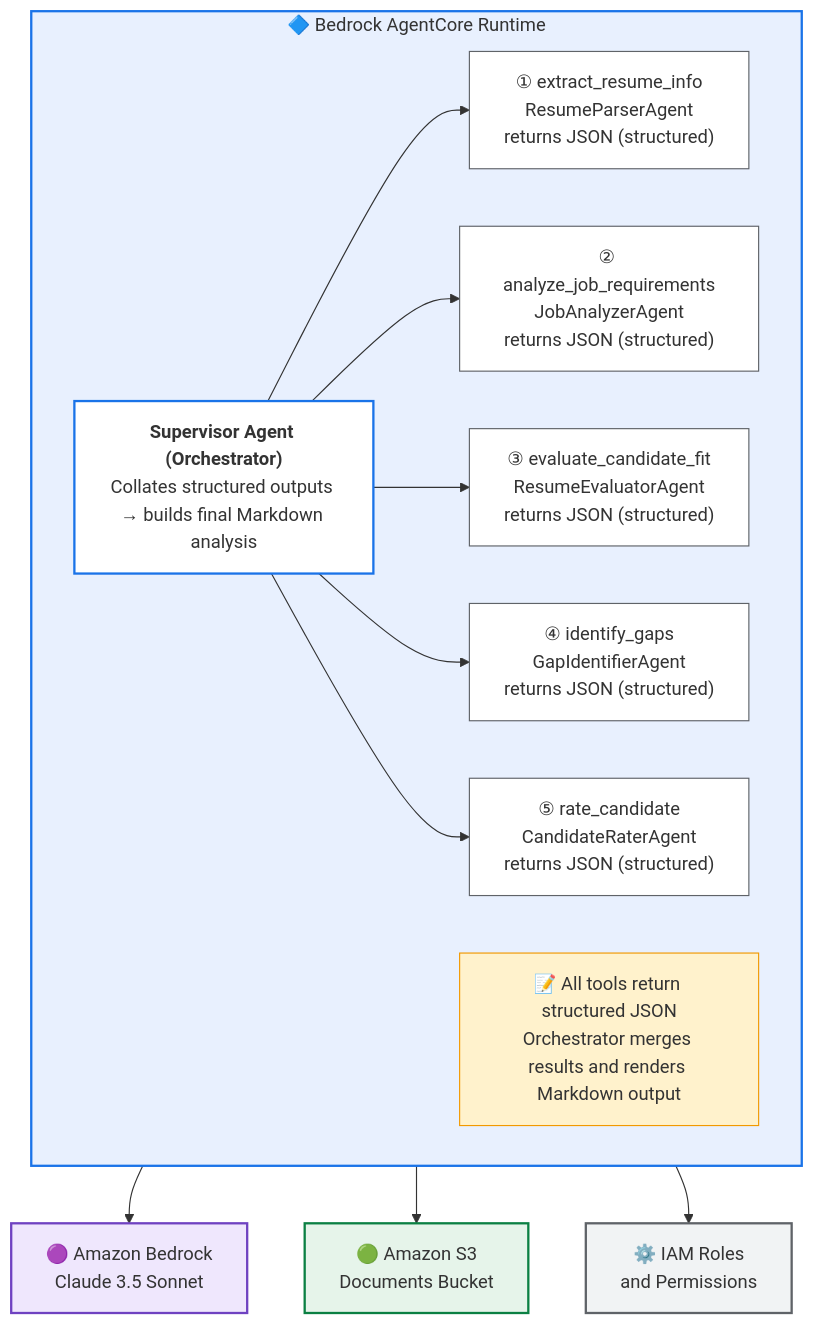
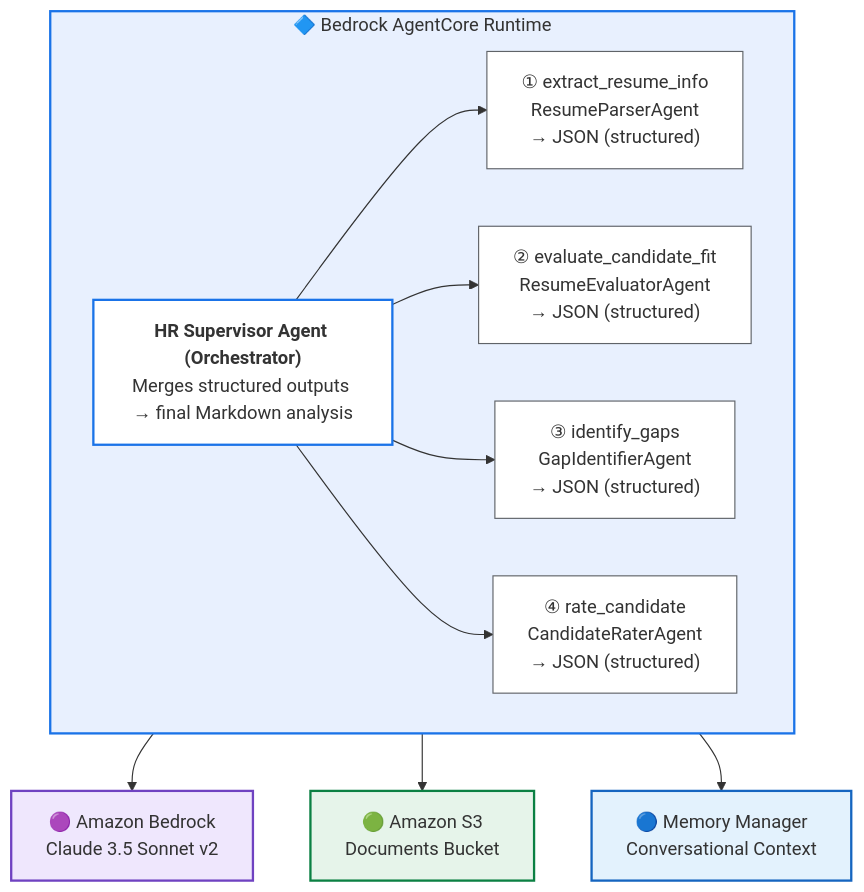
The diagram in README.md (karthiknav/resume-analyzer-v2), drawn with Mermaid before and after one commit. The commit also changed other lines of this file, not shown here.

````diff
--- a/README.md
+++ b/README.md
@@ -53,36 +79,30 @@
 ```mermaid
 graph TB
     subgraph Runtime["🔷 Bedrock AgentCore Runtime"]
-        Orchestrator["<b>Supervisor Agent (Orchestrator)</b><br/>Collates structured outputs → builds final Markdown analysis"]
-        
-        Tool1["① extract_resume_info<br/>ResumeParserAgent<br/>returns JSON (structured)"]
-        Tool2["② analyze_job_requirements<br/>JobAnalyzerAgent<br/>returns JSON (structured)"]
-        Tool3["③ evaluate_candidate_fit<br/>ResumeEvaluatorAgent<br/>returns JSON (structured)"]
-        Tool4["④ identify_gaps<br/>GapIdentifierAgent<br/>returns JSON (structured)"]
-        Tool5["⑤ rate_candidate<br/>CandidateRaterAgent<br/>returns JSON (structured)"]
-        
-        Note["📝 All tools return structured JSON<br/>Orchestrator merges results and renders Markdown output"]
-        
+        Orchestrator["<b>HR Supervisor Agent (Orchestrator)</b><br/>Merges structured outputs → final Markdown analysis"]
+
+        Tool1["① extract_resume_info<br/>ResumeParserAgent<br/>→ JSON (structured)"]
+        Tool2["② evaluate_candidate_fit<br/>ResumeEvaluatorAgent<br/>→ JSON (structured)"]
+        Tool3["③ identify_gaps<br/>GapIdentifierAgent<br/>→ JSON (structured)"]
+        Tool4["④ rate_candidate<br/>CandidateRaterAgent<br/>→ JSON (structured)"]
+
         Orchestrator --> Tool1
         Orchestrator --> Tool2
         Orchestrator --> Tool3
         Orchestrator --> Tool4
-        Orchestrator --> Tool5
     end
-    
-    Runtime --> Bedrock["🟣 Amazon Bedrock<br/>Claude 3.5 Sonnet"]
+
+    Runtime --> Bedrock["🟣 Amazon Bedrock<br/>Claude 3.5 Sonnet v2"]
     Runtime --> S3["🟢 Amazon S3<br/>Documents Bucket"]
-    Runtime --> IAM["⚙️ IAM Roles<br/>and Permissions"]
-    
+    Runtime --> Memory["🔵 Memory Manager<br/>Conversational Context"]
+
     style Runtime fill:#E8F0FE,stroke:#1a73e8,stroke-width:2px
     style Orchestrator fill:#ffffff,stroke:#1a73e8,stroke-width:2px
     style Tool1 fill:#ffffff,stroke:#5f6368,stroke-width:1px
     style Tool2 fill:#ffffff,stroke:#5f6368,stroke-width:1px
     style Tool3 fill:#ffffff,stroke:#5f6368,stroke-width:1px
     style Tool4 fill:#ffffff,stroke:#5f6368,stroke-width:1px
-    style Tool5 fill:#ffffff,stroke:#5f6368,stroke-width:1px
-    style Note fill:#fff2cc,stroke:#f29900,stroke-width:1px
     style Bedrock fill:#EFE7FD,stroke:#6f42c1,stroke-width:2px
     style S3 fill:#E6F4EA,stroke:#0b8043,stroke-width:2px
-    style IAM fill:#F1F3F4,stroke:#5f6368,stroke-width:2px
+    style Memory fill:#E3F2FD,stroke:#1565c0,stroke-width:2px
 ```
````
